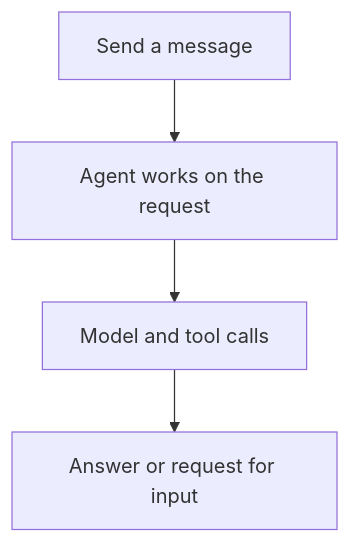
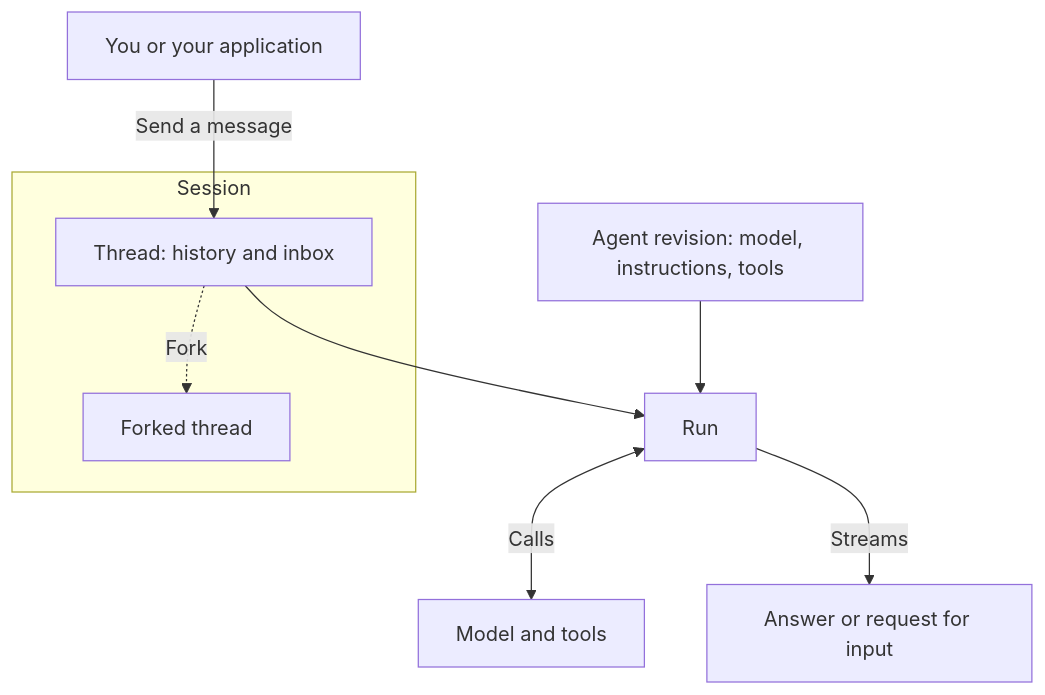
Before and after one commit to converge-ai-labs/agent-foundation: the diagram in docs/overview/core-concepts.md, drawn with Mermaid. The commit also changed 53 other files, not shown here.

First line of the commit message:
feat(docs): add core diagrams and color-code code, callouts, and diagrams

````diff
--- a/docs/overview/core-concepts.md
+++ b/docs/overview/core-concepts.md
@@ -30,6 +30,15 @@
 ```mermaid
 flowchart TB
-    Message["Send a message"] --> Run["Agent works on the request"]
-    Run --> Calls["Model and tool calls"]
-    Calls --> Result["Answer or request for input"]
+    You["You or your application"] -->|"Send a message"| Thread
+    subgraph Session["Session"]
+        Thread["Thread: history and inbox"] -. "Fork" .-> Fork["Forked thread"]
+    end
+    Thread --> Run["Run"]
+    Agent["Agent revision: model, instructions, tools"] --> Run
+    Run <-->|"Calls"| External["Model and tools"]
+    Run -->|"Streams"| Output["Answer or request for input"]
+
+    class You app
+    class Run,Agent a13n
+    class External ext
 ```
````
